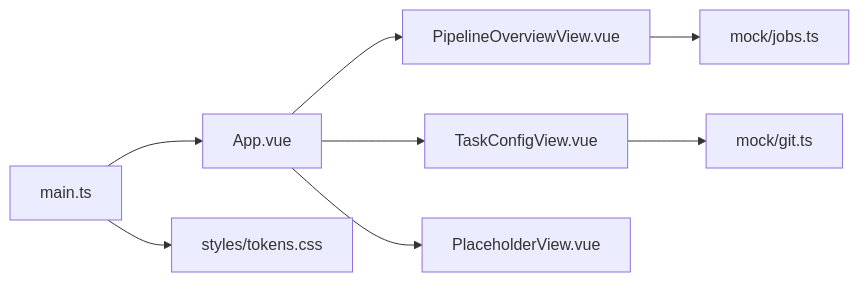
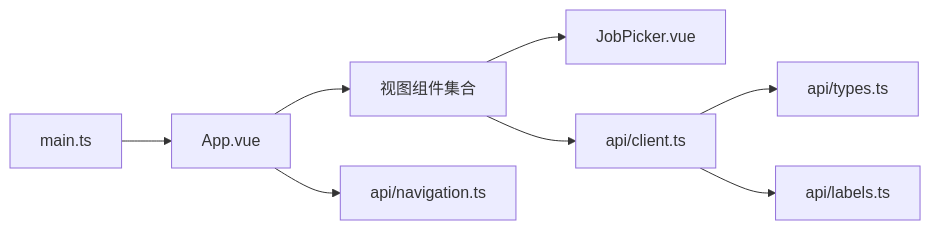
Before and after one commit to Joeyzheng001/LLM-AutoTest: the fourth of 4 diagrams in .qoder/repowiki/zh/content/核心服务/前端应用.md, drawn with Mermaid. The commit also changed other lines of this file and 94 other files, not shown here.

````diff
--- a/.qoder/repowiki/zh/content/核心服务/前端应用.md
+++ b/.qoder/repowiki/zh/content/核心服务/前端应用.md
@@ -207,10 +264,10 @@
 ```mermaid
 graph LR
 Main["main.ts"] --> App["App.vue"]
-App --> P["PipelineOverviewView.vue"]
-App --> T["TaskConfigView.vue"]
-App --> Ph["PlaceholderView.vue"]
-P --> J["mock/jobs.ts"]
-T --> G["mock/git.ts"]
-Main --> S["styles/tokens.css"]
+App --> Views["视图组件集合"]
+Views --> JobPicker["JobPicker.vue"]
+Views --> Client["api/client.ts"]
+Client --> Types["api/types.ts"]
+Client --> Labels["api/labels.ts"]
+App --> Navigation["api/navigation.ts"]
 ```
````
